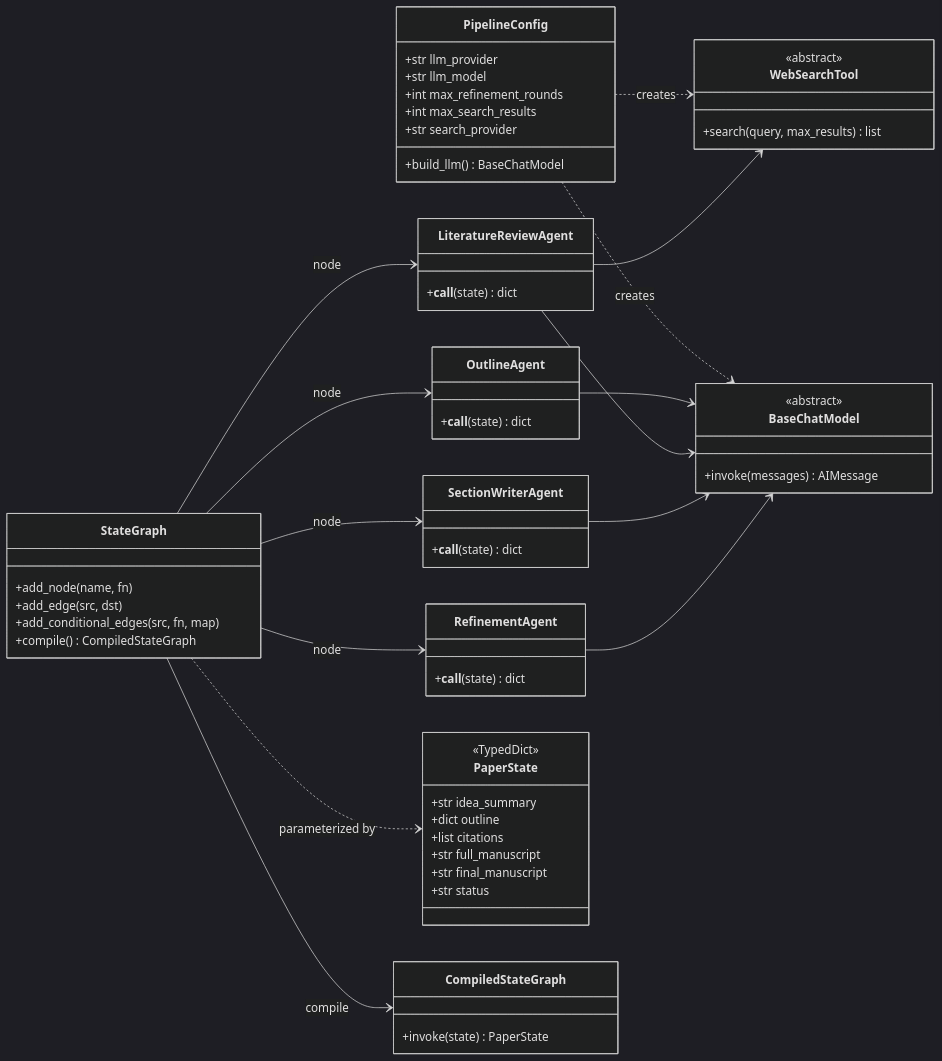
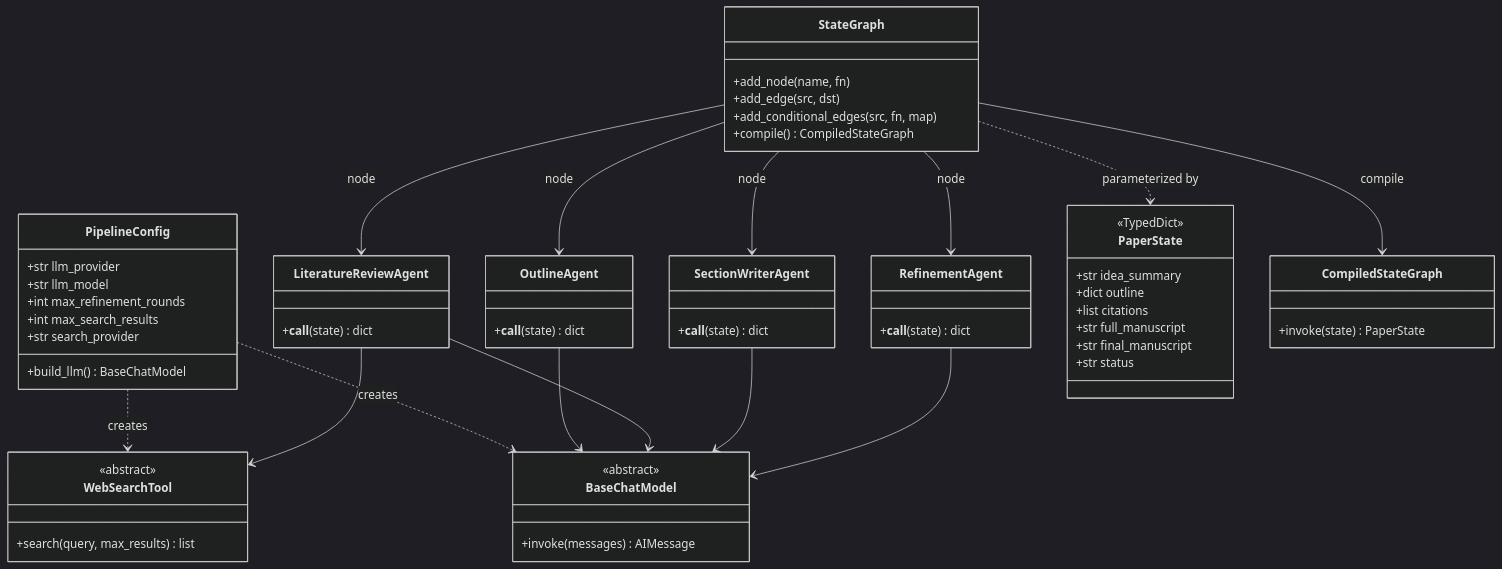
The seventh of 14 diagrams in notebooks/research_paper_creation/docs/research_paper_agentic_workflow_diagrams.md (dimitarpg13/agentic_architectures_and_design_patterns), drawn with Mermaid (dark theme) before and after one commit. The commit also changed other lines of this file, not shown here.

Commit message:
fix mermaid rendering errors in markdown

````diff
--- a/notebooks/research_paper_creation/docs/research_paper_agentic_workflow_diagrams.md
+++ b/notebooks/research_paper_creation/docs/research_paper_agentic_workflow_diagrams.md
@@ -367,74 +338,72 @@
 ```mermaid
 classDiagram
-    direction LR
-
     class PipelineConfig {
         +str llm_provider
         +str llm_model
         +int max_refinement_rounds
         +int max_search_results
         +str search_provider
         +build_llm() BaseChatModel
     }
 
     class BaseChatModel {
         <<abstract>>
         +invoke(messages) AIMessage
     }
 
     class WebSearchTool {
         <<abstract>>
         +search(query, max_results) list
     }
 
     class OutlineAgent {
         +__call__(state) dict
     }
 
     class LiteratureReviewAgent {
         +__call__(state) dict
     }
 
     class SectionWriterAgent {
         +__call__(state) dict
     }
 
     class RefinementAgent {
         +__call__(state) dict
     }
 
     class PaperState {
         <<TypedDict>>
         +str idea_summary
         +dict outline
         +list citations
         +str full_manuscript
         +str final_manuscript
         +str status
     }
 
     class StateGraph {
         +add_node(name, fn)
         +add_edge(src, dst)
         +add_conditional_edges(src, fn, map)
         +compile() CompiledStateGraph
     }
 
     class CompiledStateGraph {
         +invoke(state) PaperState
     }
 
     PipelineConfig ..> BaseChatModel : creates
     PipelineConfig ..> WebSearchTool : creates
     OutlineAgent --> BaseChatModel
     LiteratureReviewAgent --> BaseChatModel
     LiteratureReviewAgent --> WebSearchTool
     SectionWriterAgent --> BaseChatModel
     RefinementAgent --> BaseChatModel
     StateGraph --> OutlineAgent : node
     StateGraph --> LiteratureReviewAgent : node
     StateGraph --> SectionWriterAgent : node
     StateGraph --> RefinementAgent : node
     StateGraph ..> PaperState : parameterized by
     StateGraph --> CompiledStateGraph : compile
 ```
````
